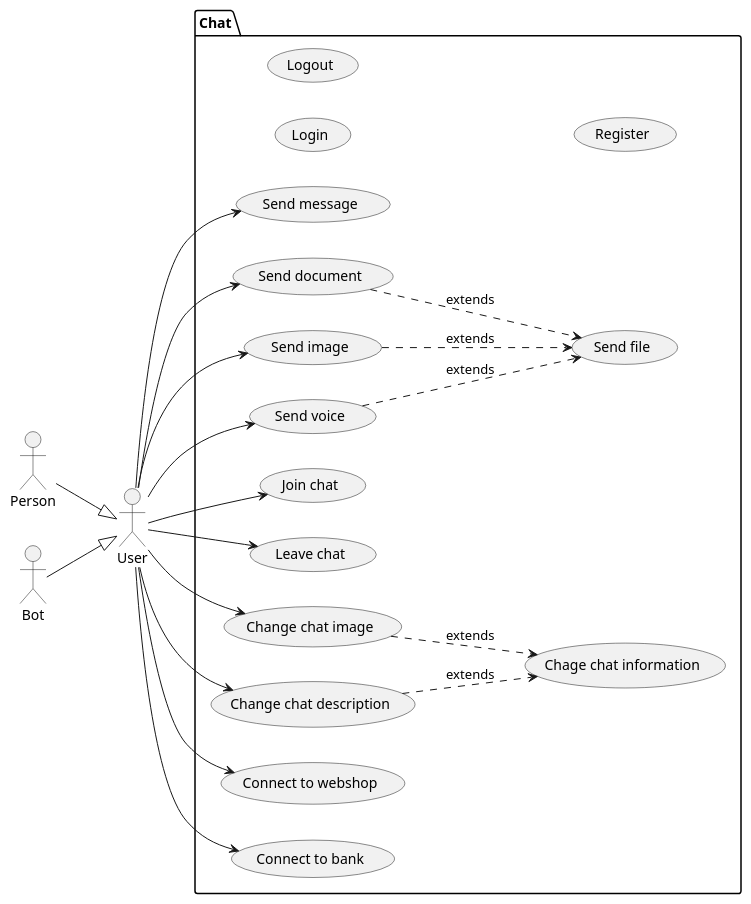
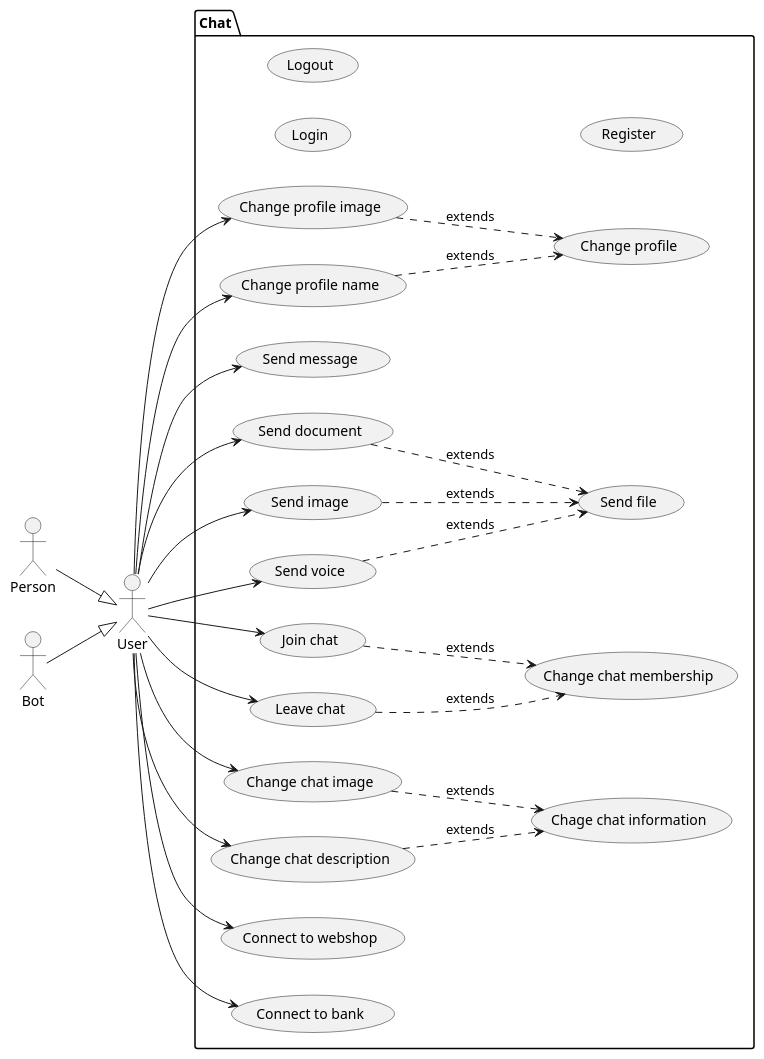
The diagram in src/doc/uml-usecase.puml (bbenno/oth-sw), drawn with PlantUML before and after one commit.

Commit message:
Add "change profil" use cases

```diff
--- a/src/doc/uml-usecase.puml
+++ b/src/doc/uml-usecase.puml
@@ -1,51 +1,61 @@
 @startuml chat
 left to right direction
 
 ' actors
 actor "User" as u
 actor "Person" as p
 actor "Bot" as b
 
 ' actor hierarchy
 p -down-|> u
 b -down-|> u
 
 ' use cases
 package "Chat" {
   usecase "Login" as oUC1
   usecase "Logout" as oUC2
   usecase "Register" as oUC3
+  usecase "Change profile image" as oUC4
+  usecase "Change profile name" as oUC5
+  usecase "Change profile" as oeUC1
+  oUC4 ..> oeUC1 : extends
+  oUC5 ..> oeUC1 : extends
   ' Messaging use cases
   usecase "Send message" as mUC1
   usecase "Send file" as mUC2
   usecase "Send document" as mUC3
   usecase "Send image" as mUC4
   usecase "Send voice" as mUC5
   mUC3 ..> mUC2 : extends
   mUC4 ..> mUC2 : extends
   mUC5 ..> mUC2 : extends
   ' Chating use cases
   usecase "Join chat" as cUC1
   usecase "Leave chat" as cUC2
+  usecase "Change chat membership" as ceUC2
   usecase "Change chat image" as cUC3
   usecase "Change chat description" as cUC4
   usecase "Chage chat information" as ceUC1
+  cUC1 ..> ceUC2 : extends
+  cUC2 ..> ceUC2 : extends
   cUC3 ..> ceUC1 : extends
   cUC4 ..> ceUC1 : extends
   ' Connecting to partners use cases
   usecase "Connect to webshop" as pUC1
   usecase "Connect to bank" as pUC2
 }
 
 '  link actor User with use cases
+u --> oUC4
+u --> oUC5
 u --> mUC1
 u --> mUC3
 u --> mUC4
 u --> mUC5
 u --> cUC1
 u --> cUC2
 u --> cUC3
 u --> cUC4
 u --> pUC1
 u --> pUC2
 @enduml
```
